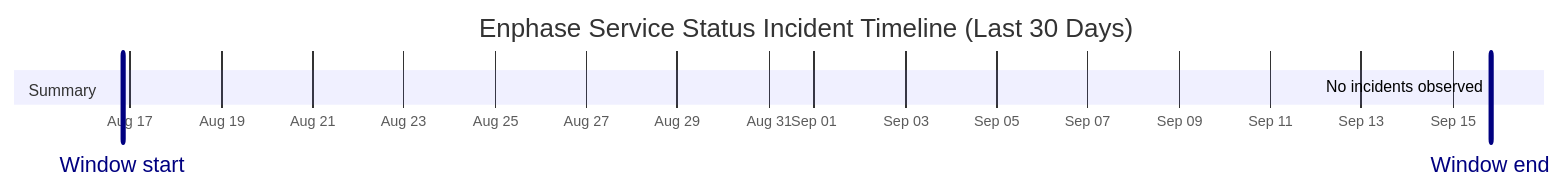
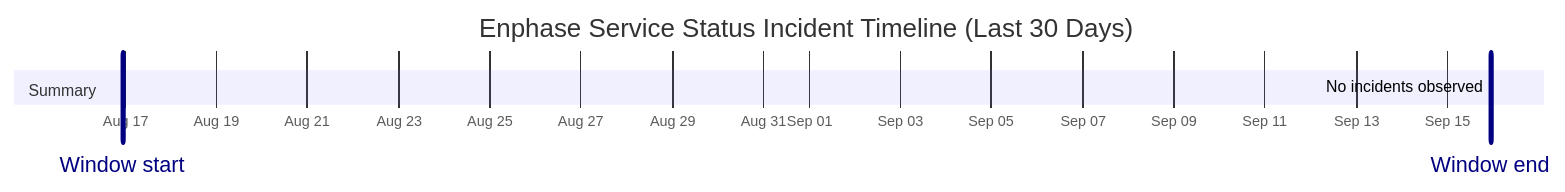
The diagram in wiki/Service-Status-History.md (barneyonline/ha-enphase-energy), drawn with Mermaid before and after one commit. The commit also changed other lines of this file and 3 other files, not shown here.

````diff
--- a/wiki/Service-Status-History.md
+++ b/wiki/Service-Status-History.md
@@ -14,10 +14,10 @@
 ```mermaid
 gantt
     title Enphase Service Status Incident Timeline (Last 30 Days)
     dateFormat  YYYY-MM-DDTHH:mm:ss
     axisFormat  %b %d
-    Window start :vert, window-start, 2026-08-16T19:59:58, 0ms
-    Window end :vert, window-end, 2026-09-15T19:59:58, 0ms
+    Window start :vert, window-start, 2026-08-16T22:50:50, 0ms
+    Window end :vert, window-end, 2026-09-15T22:50:50, 0ms
     section Summary
-    No incidents observed :done, 2026-09-15T19:59:58, 1m
+    No incidents observed :done, 2026-09-15T22:50:50, 1m
 ```
````
